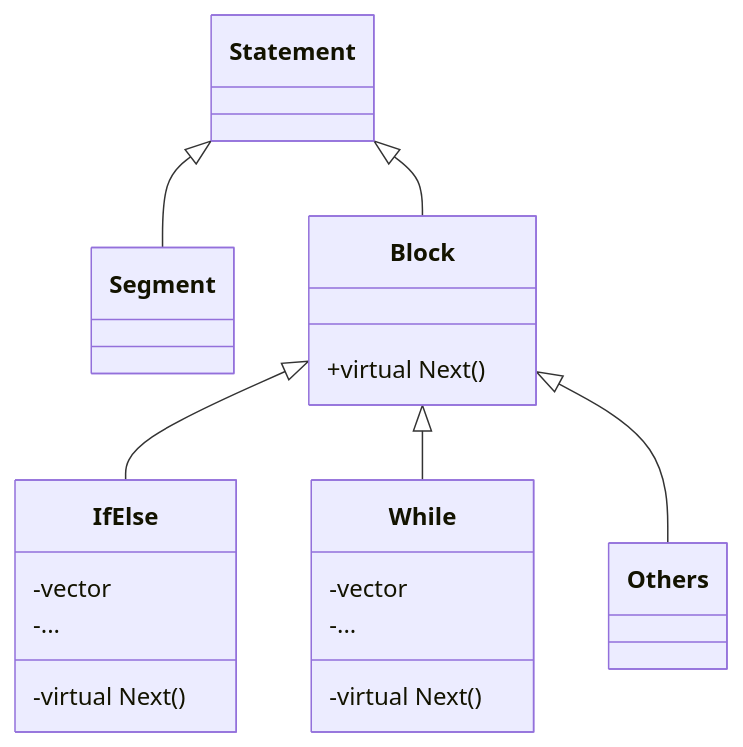
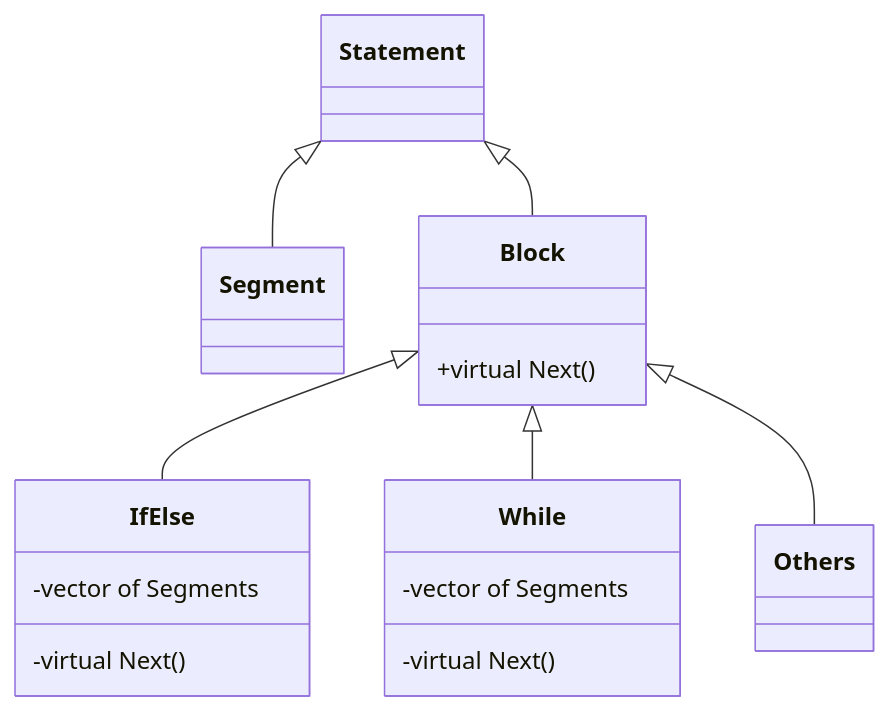
Before and after one commit to byfxxm/pipeline_3.0: the fourth of 6 diagrams in src/pipeline/宏程序解析设计方案.md, drawn with Mermaid. The commit also changed other lines of this file, not shown here.

````diff
--- a/src/pipeline/宏程序解析设计方案.md
+++ b/src/pipeline/宏程序解析设计方案.md
@@ -358,21 +358,19 @@
 ```mermaid
 classDiagram
 	Statement <|-- Segment
 	Statement <|-- Block
 	Block <|-- IfElse
 	Block <|-- While
 	Block <|-- Others
 	class Block{
 		+virtual Next()
 	}
 	class IfElse{
 		-virtual Next()
-		-vector<Segment>
-		-...
+		-vector of Segments
 	}
 	class While{
 		-virtual Next()
-		-vector<Segment>
-		-...
+		-vector of Segments
 	}
 ```
````
